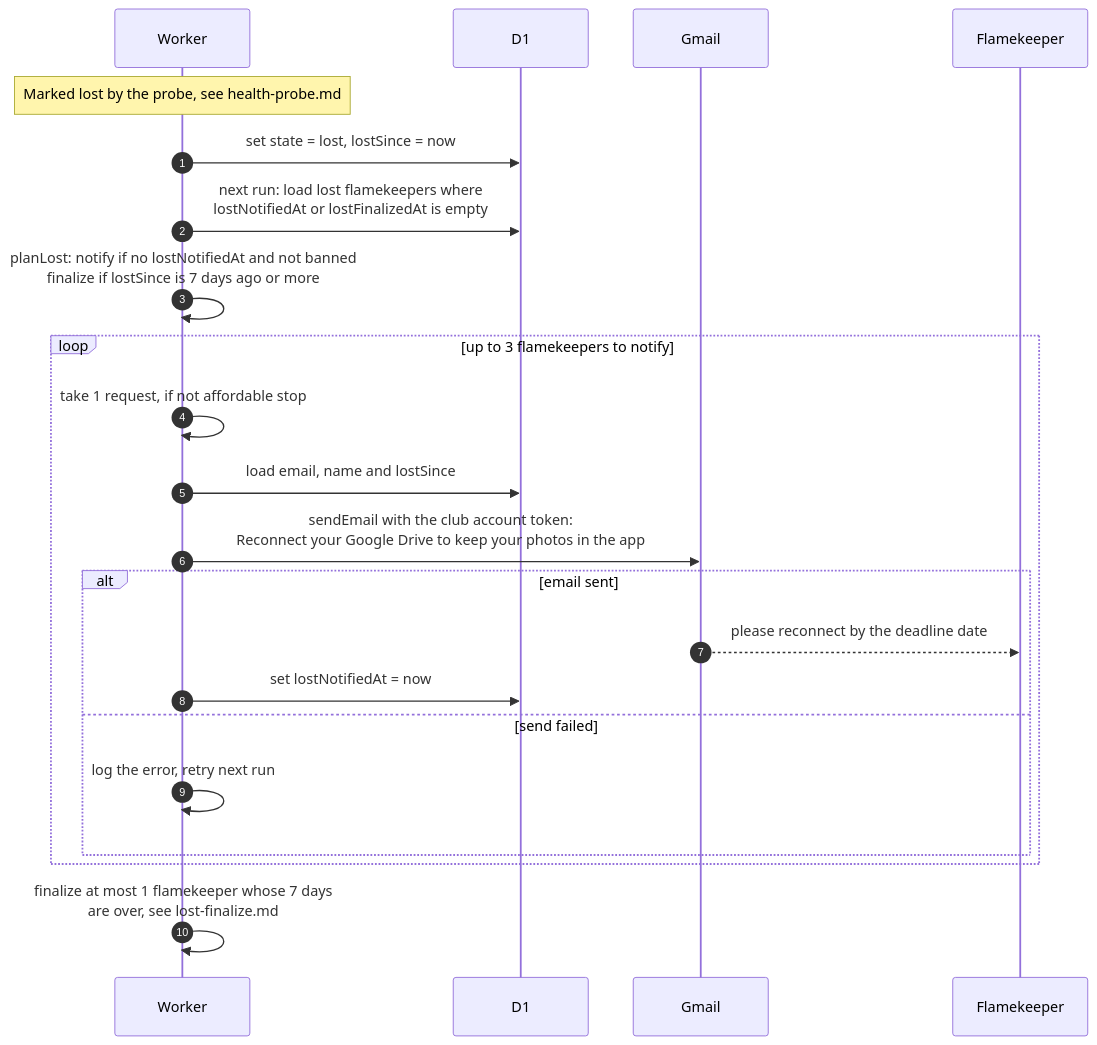
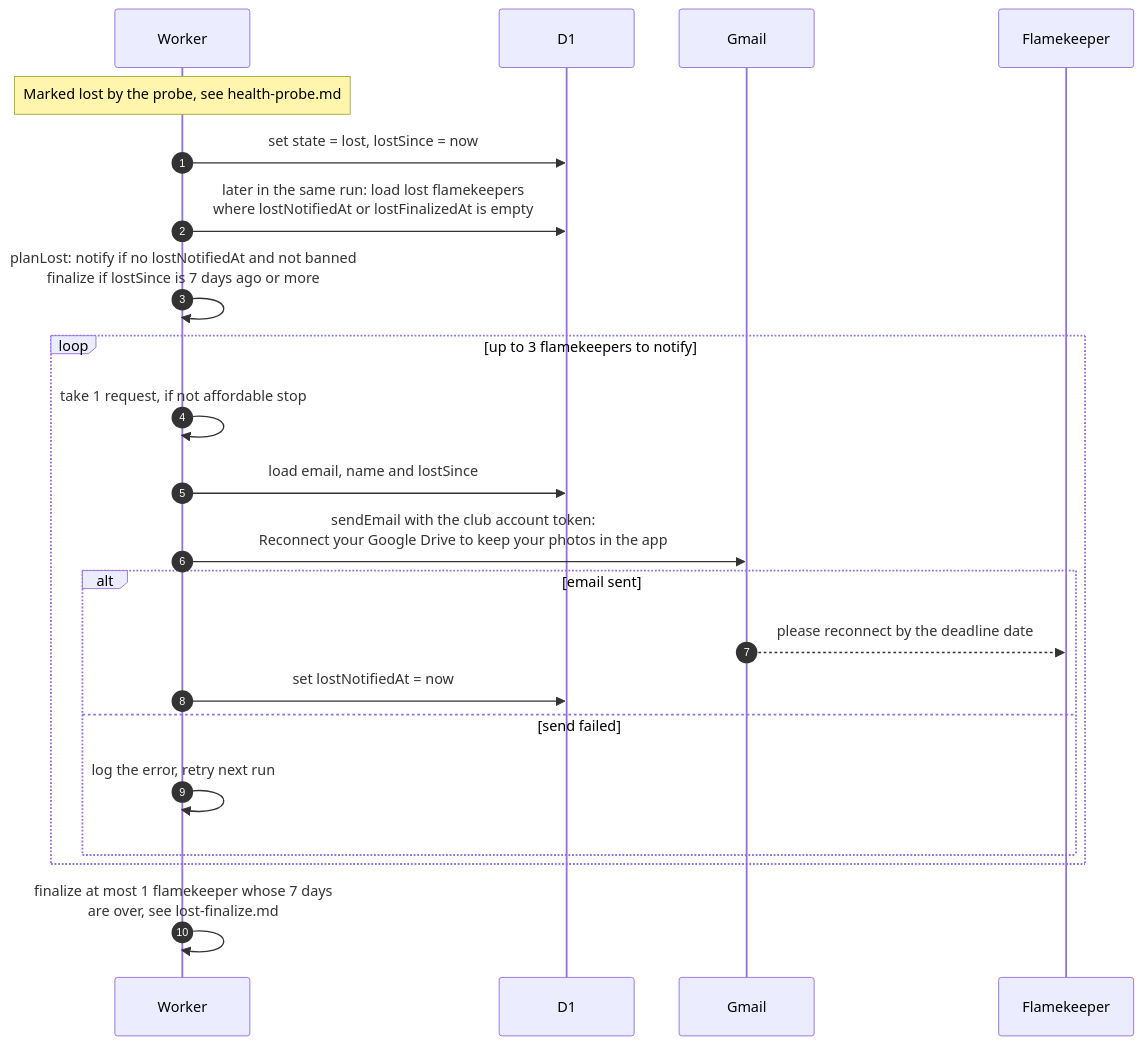
Before and after one commit to sagyzdop/meriksirat: the diagram in docs/scenarios/cron/flamekeepers/lost-notice.md, drawn with Mermaid. The commit also changed other lines of this file and 10 other files, not shown here.

Commit message:
docs(scenarios): verify cron/flamekeepers diagrams against code

````diff
--- a/docs/scenarios/cron/flamekeepers/lost-notice.md
+++ b/docs/scenarios/cron/flamekeepers/lost-notice.md
@@ -29,25 +33,25 @@
 ```mermaid
 sequenceDiagram
     autonumber
     participant Worker
     participant D1
     participant Gmail
     participant Member as Flamekeeper
 
     Note over Worker: Marked lost by the probe, see health-probe.md
     Worker->>D1: set state = lost, lostSince = now
-    Worker->>D1: next run: load lost flamekeepers where<br/>lostNotifiedAt or lostFinalizedAt is empty
+    Worker->>D1: later in the same run: load lost flamekeepers<br/>where lostNotifiedAt or lostFinalizedAt is empty
     Worker->>Worker: planLost: notify if no lostNotifiedAt and not banned<br/>finalize if lostSince is 7 days ago or more
     loop up to 3 flamekeepers to notify
         Worker->>Worker: take 1 request, if not affordable stop
         Worker->>D1: load email, name and lostSince
         Worker->>Gmail: sendEmail with the club account token:<br/>Reconnect your Google Drive to keep your photos in the app
         alt email sent
             Gmail-->>Member: please reconnect by the deadline date
             Worker->>D1: set lostNotifiedAt = now
         else send failed
             Worker->>Worker: log the error, retry next run
         end
     end
     Worker->>Worker: finalize at most 1 flamekeeper whose 7 days<br/>are over, see lost-finalize.md
 ```
````
